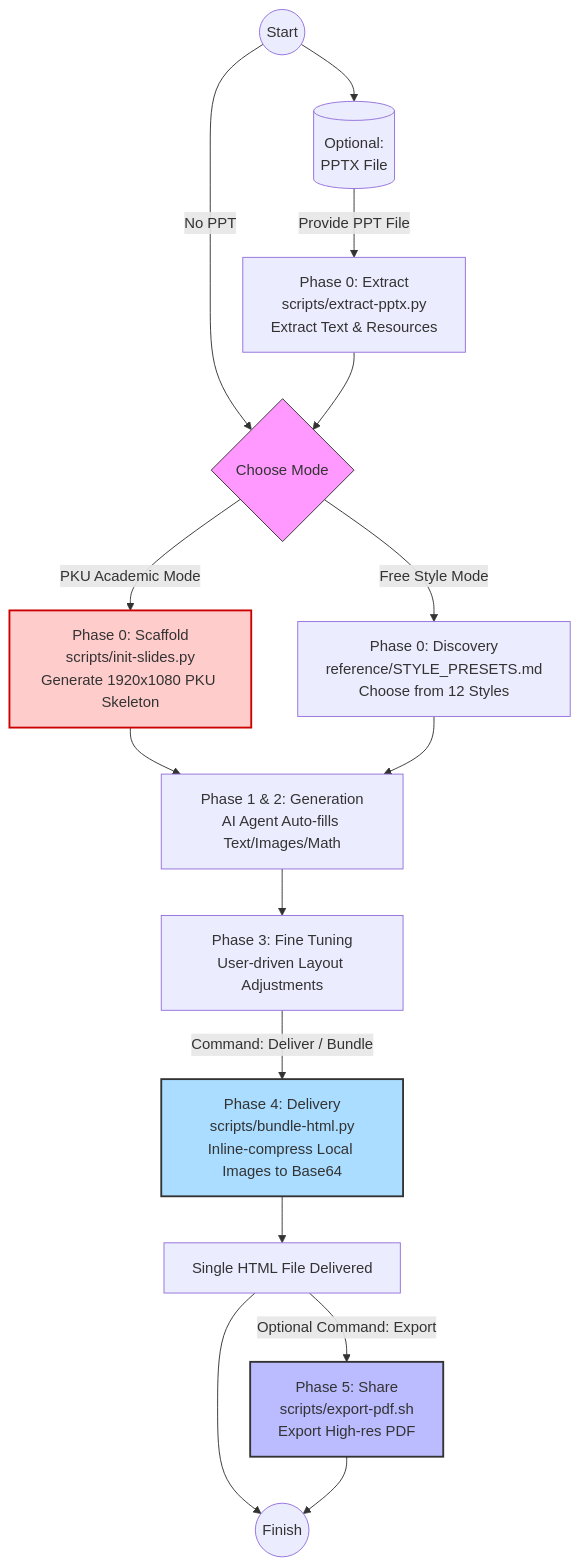
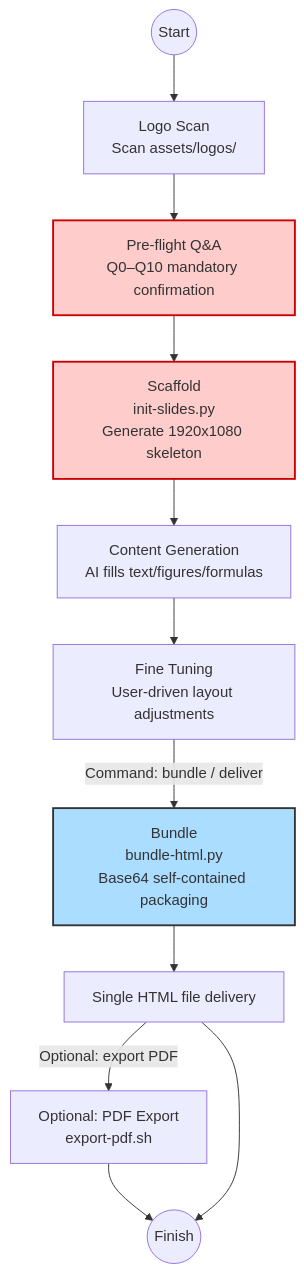
The first of 2 diagrams in README_EN.md (ky230/frontend-slides-PKU), drawn with Mermaid before and after one commit. The commit also changed other lines of this file and 34 other files, not shown here.

First line of the commit message:
feat: PKU Academic Classic v2 — 21 ideas, full architecture overhaul

````diff
--- a/README_EN.md
+++ b/README_EN.md
@@ -40,44 +49,22 @@
 ```mermaid
 graph TD
-    %% Node Definitions
     Start((Start))
-    Mode{Choose Mode}
-    PPT[(Optional:<br>PPTX File)]
-    
-    PPT2[Phase 0: Extract<br>scripts/extract-pptx.py<br>Extract Text & Resources]
-    Scaffold[Phase 0: Scaffold<br>scripts/init-slides.py<br>Generate 1920x1080 PKU Skeleton]
-    Presets[Phase 0: Discovery<br>reference/STYLE_PRESETS.md<br>Choose from 12 Styles]
-    
-    Content[Phase 1 & 2: Generation<br>AI Agent Auto-fills Text/Images/Math]
-    FineTuning[Phase 3: Fine Tuning<br>User-driven Layout Adjustments]
-    Bundle[Phase 4: Delivery<br>scripts/bundle-html.py<br>Inline-compress Local Images to Base64]
-    
-    Output[Single HTML File Delivered]
-    Export[Phase 5: Share<br>scripts/export-pdf.sh<br>Export High-res PDF]
+    LogoScan[Logo Scan<br>Scan assets/logos/]
+    QA[Pre-flight Q&A<br>Q0–Q10 mandatory confirmation]
+    Scaffold[Scaffold<br>init-slides.py<br>Generate 1920x1080 skeleton]
+    Content[Content Generation<br>AI fills text/figures/formulas]
+    FineTuning[Fine Tuning<br>User-driven layout adjustments]
+    Bundle[Bundle<br>bundle-html.py<br>Base64 self-contained packaging]
+    Output[Single HTML file delivery]
+    Export[Optional: PDF Export<br>export-pdf.sh]
     End((Finish))
 
-    %% Connections
-    Start --> PPT
-    Start -->|No PPT| Mode
-    PPT -->|Provide PPT File| PPT2
-    PPT2 --> Mode
-    
-    Mode -->|PKU Academic Mode| Scaffold
-    Mode -->|Free Style Mode| Presets
-    
-    Scaffold --> Content
-    Presets --> Content
-    
-    Content --> FineTuning
-    FineTuning -->|"Command: Deliver / Bundle"| Bundle
-    Bundle --> Output
-    Output -->|"Optional Command: Export"| Export
+    Start --> LogoScan --> QA --> Scaffold --> Content --> FineTuning
+    FineTuning -->|"Command: bundle / deliver"| Bundle --> Output
+    Output -->|"Optional: export PDF"| Export --> End
     Output --> End
-    Export --> End
 
-    %% Styles
-    style Mode fill:#f9f,stroke:#333
+    style QA fill:#ffcccc,stroke:#cc0000,stroke-width:2px
     style Scaffold fill:#ffcccc,stroke:#cc0000,stroke-width:2px
     style Bundle fill:#adf,stroke:#333,stroke-width:2px
-    style Export fill:#bbf,stroke:#333,stroke-width:2px
 ```
````
